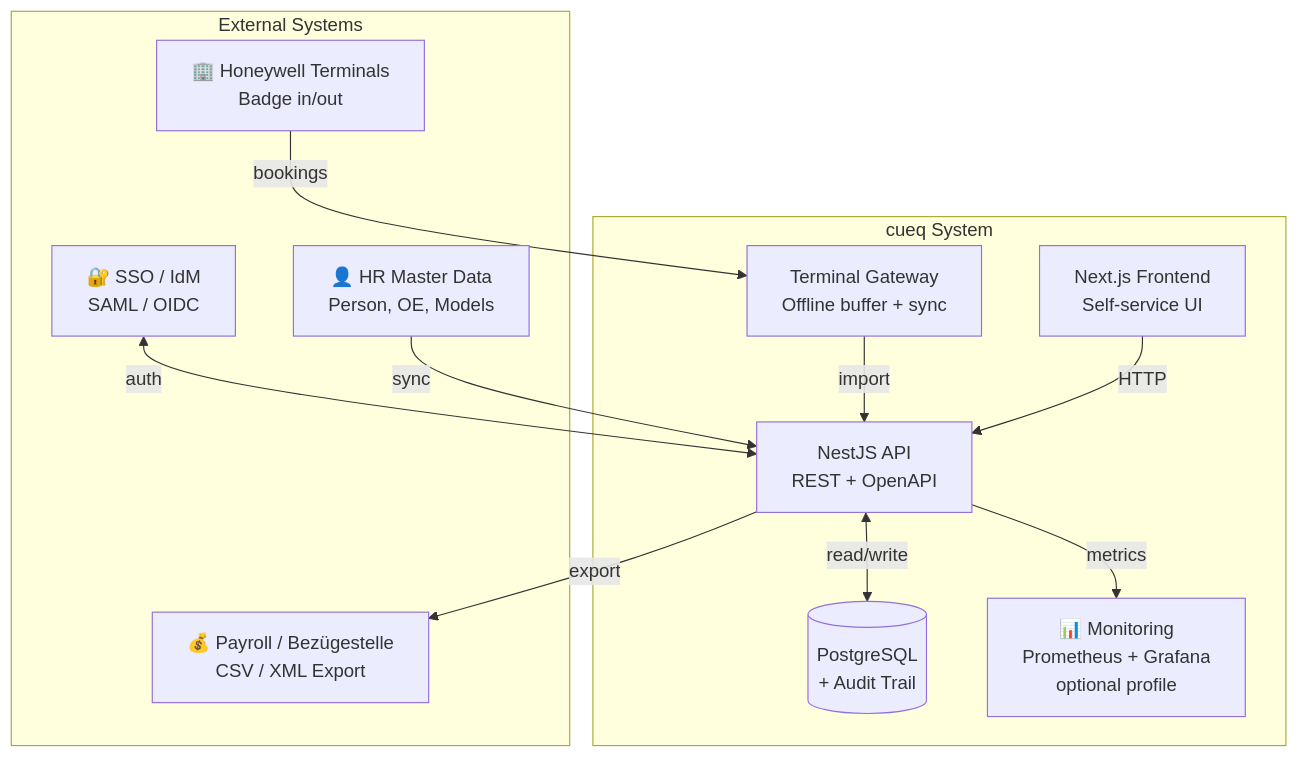
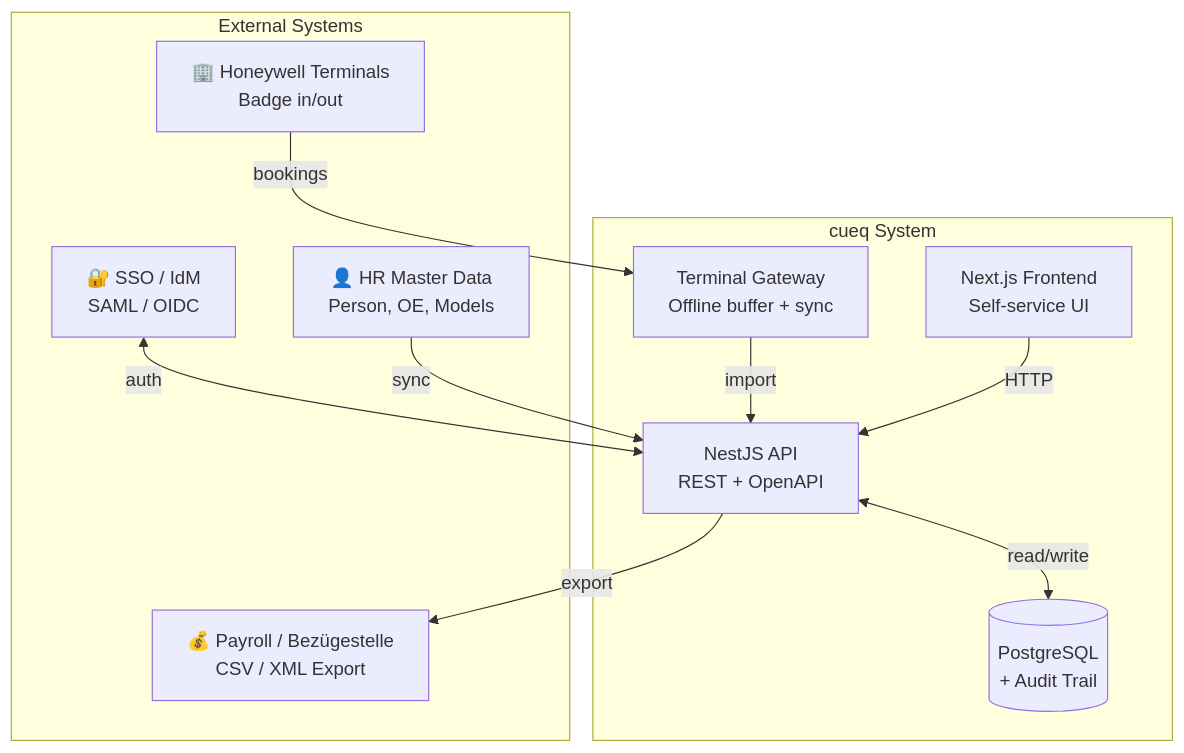
One commit to sebastianspicker/cueq-campus-workforce changed the first of 6 diagrams in README.md. Above: the diagram before and after it, drawn with Mermaid. The commit also changed other lines of this file and 155 other files, not shown here.

````diff
--- a/README.md
+++ b/README.md
@@ -56,26 +58,24 @@
 ```mermaid
 graph TB
     subgraph External Systems
         HW[🏢 Honeywell Terminals<br/>Badge in/out]
         IDP[🔐 SSO / IdM<br/>SAML / OIDC]
         HR[👤 HR Master Data<br/>Person, OE, Models]
         PAY[💰 Payroll / Bezügestelle<br/>CSV / XML Export]
     end
 
     subgraph cueq System
         GW[Terminal Gateway<br/>Offline buffer + sync]
         API[NestJS API<br/>REST + OpenAPI]
         WEB[Next.js Frontend<br/>Self-service UI]
         DB[(PostgreSQL<br/>+ Audit Trail)]
-        MON[📊 Monitoring<br/>Prometheus + Grafana<br/>optional profile]
     end
 
     HW -->|bookings| GW
     GW -->|import| API
     WEB -->|HTTP| API
     IDP <-->|auth| API
     HR -->|sync| API
     API -->|export| PAY
     API <-->|read/write| DB
-    API -->|metrics| MON
 ```
````
